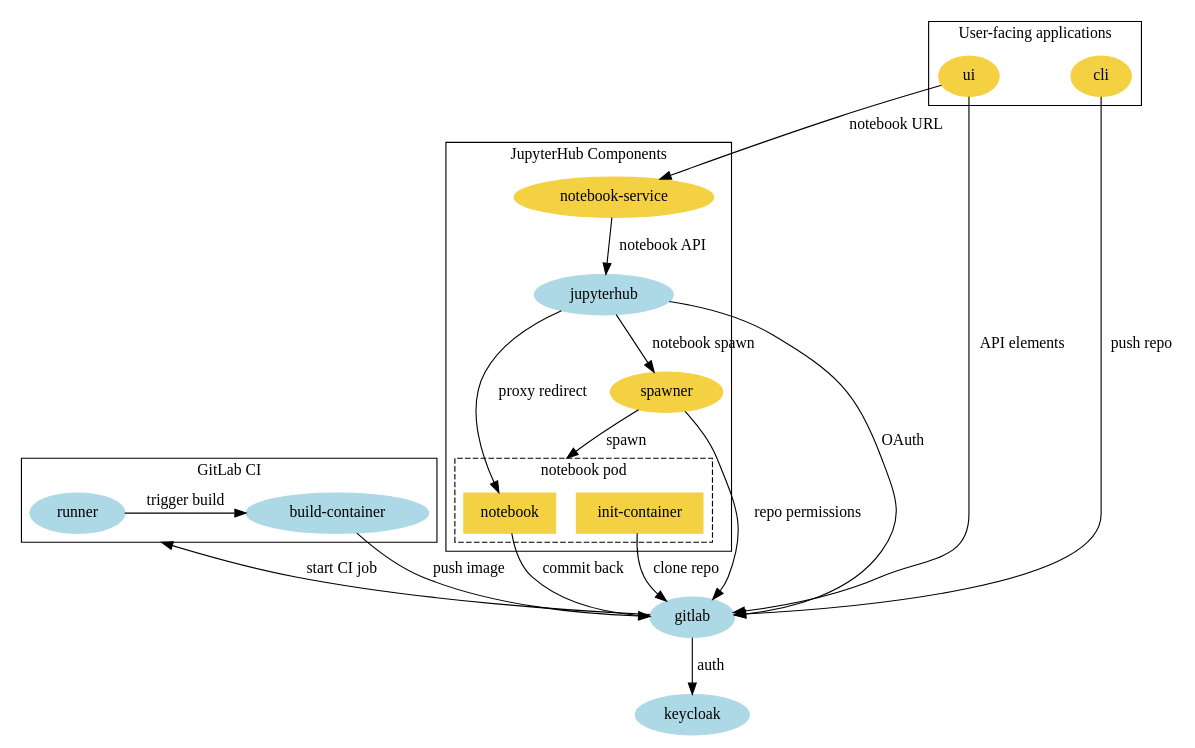
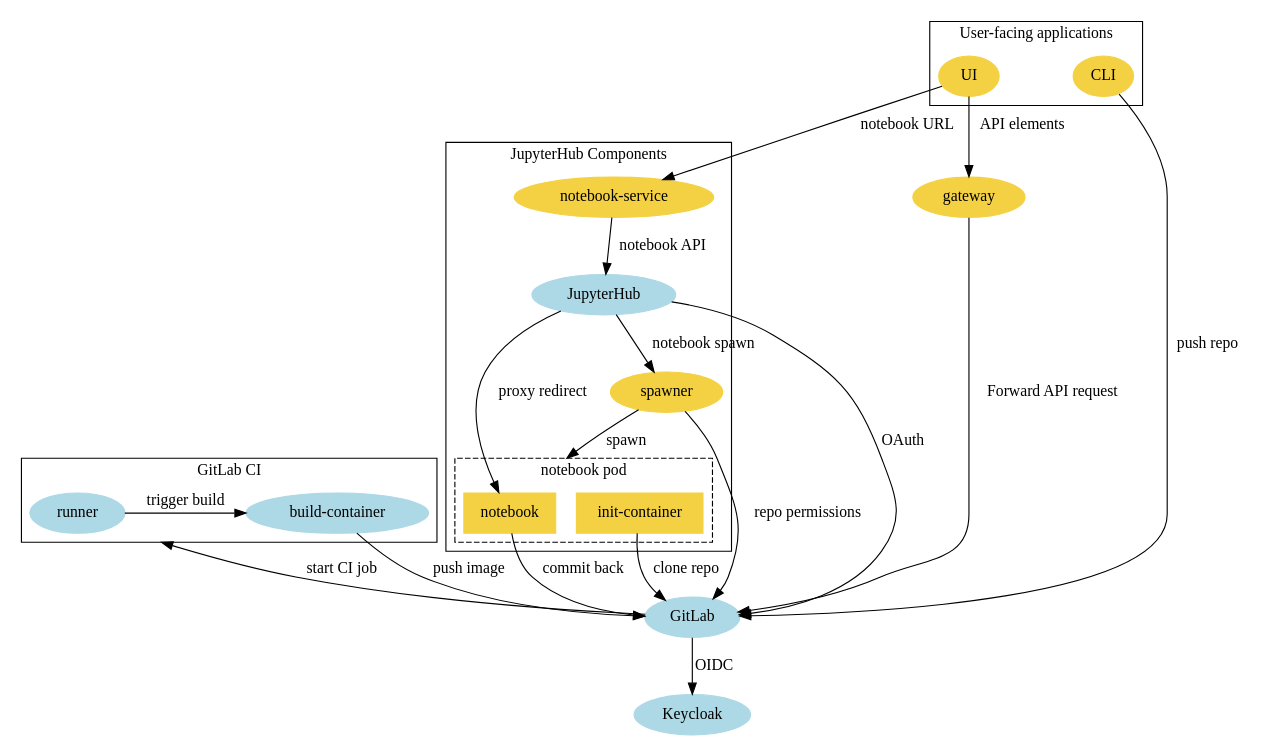
One commit to SwissDataScienceCenter/renku changed the diagram in docs/_static/graphviz/renku_architecture.dot. Above: the diagram before and after it, drawn with Graphviz.

Commit message:
docs: include gateway in arch diagram

```diff
--- a/docs/_static/graphviz/renku_architecture.dot
+++ b/docs/_static/graphviz/renku_architecture.dot
@@ -1,61 +1,63 @@
 digraph architecture {
   compound=true;
 
 
-  gitlab [color="lightblue", style="filled"]
-  keycloak [color="lightblue", style="filled"]
-  ui [color="#f4d142", style="filled"]
-  cli [color="#f4d142", style="filled"]
-  jupyterhub [color="lightblue", style="filled"]
+  GitLab [color="lightblue", style="filled"]
+  Keycloak [color="lightblue", style="filled"]
+  UI [color="#f4d142", style="filled"]
+  CLI [color="#f4d142", style="filled"]
+  gateway [color="#f4d142", style="filled"]
+  JupyterHub [color="lightblue", style="filled"]
   "notebook-service" [color="#f4d142", style="filled"]
   spawner [color="#f4d142", style="filled"]
   "notebook" [shape="rect", color="#f4d142", style="filled"]
   "init-container" [shape="rect", color="#f4d142", style="filled"]
   runner [color="lightblue", style="filled"]
   "build-container" [color="lightblue", style="filled"]
 
   subgraph auth_layer {
-    gitlab -> keycloak [label="auth"]
-    // {rank=same; keycloak, gitlab};
+    GitLab -> Keycloak [label="OIDC"]
+    // {rank=same; Keycloak, GitLab};
   }
 
   subgraph cluster_client_side_apps {
     label="User-facing applications"
-    ui
-    cli
-    {rank=same; ui, cli};
+    UI
+    CLI
+    {rank=same; UI, CLI};
   }
 
   subgraph cluster_jupyterhub{
     label="JupyterHub Components"
-    jupyterhub -> spawner [label="notebook spawn"]
+    JupyterHub -> spawner [label="notebook spawn"]
     spawner -> notebook [label="spawn", lhead=cluster_notebook];
-    jupyterhub -> notebook [label="proxy redirect"]
-    "notebook-service" -> jupyterhub [label="notebook API"]
+    JupyterHub -> notebook [label="proxy redirect"]
+    "notebook-service" -> JupyterHub [label="notebook API"]
 
     subgraph cluster_notebook {
       label="notebook pod"
       style="dashed";
       "init-container"
       "notebook"
     }
   }
 
   subgraph cluster_ci {
     rankdir=LR;
     label="GitLab CI"
     runner -> "build-container" [label="trigger build"]
     {rank=same; "runner", "build-container"};
   }
 
-  spawner -> gitlab [label="repo permissions"]
-  jupyterhub -> gitlab [label="OAuth"]
-  "notebook" -> "gitlab" [label="commit back"]
-  "init-container" -> "gitlab" [label="clone repo"]
-  "build-container" -> gitlab [label="push image"]
-  gitlab -> runner [label="start CI job", lhead=cluster_ci]
+  spawner -> GitLab [label="repo permissions"]
+  JupyterHub -> GitLab [label="OAuth"]
+  "notebook" -> "GitLab" [label="commit back"]
+  "init-container" -> "GitLab" [label="clone repo"]
+  "build-container" -> GitLab [label="push image"]
+  GitLab -> runner [label="start CI job", lhead=cluster_ci]
 
-  cli -> gitlab [label="push repo"]
-  ui -> gitlab [label="API elements"]
-  ui -> "notebook-service" [label="notebook URL"]
+  CLI -> GitLab [label="push repo"]
+  UI -> gateway [label="API elements"]
+  gateway -> GitLab [label="Forward API request"]
+  UI -> "notebook-service" [label="notebook URL"]
 }
```
